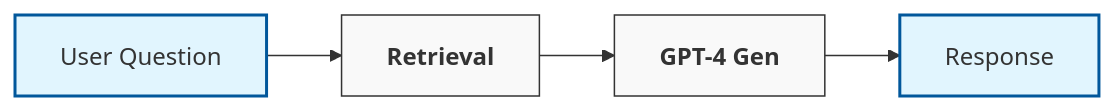
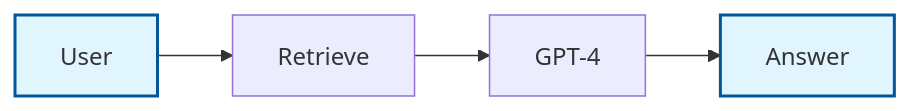
Before and after one commit to tommygarner/tommygarner.github.io: the diagram in _posts/2025-04-17-microsoft-chatbot.md, drawn with Mermaid. The commit also changed other lines of this file, not shown here.

````diff
--- a/_posts/2025-04-17-microsoft-chatbot.md
+++ b/_posts/2025-04-17-microsoft-chatbot.md
@@ -172,13 +173,10 @@
 ```mermaid
 graph LR
-    %% Node Styles
-    classDef default fill:#f9f9f9,stroke:#333,stroke-width:1px;
+    A["User"]:::highlight
+    B["Retrieve"]
+    C["GPT-4"]
+    D["Answer"]:::highlight
+    A --> B --> C --> D
+
     classDef highlight fill:#e1f5fe,stroke:#01579b,stroke-width:2px;
-
-    A["User Question"]:::highlight
-    B["<b>Retrieval</b>"]
-    C["<b>GPT-4 Gen</b>"]
-    D["Response"]:::highlight
-
-    A --> B --> C --> D
 ```
````
